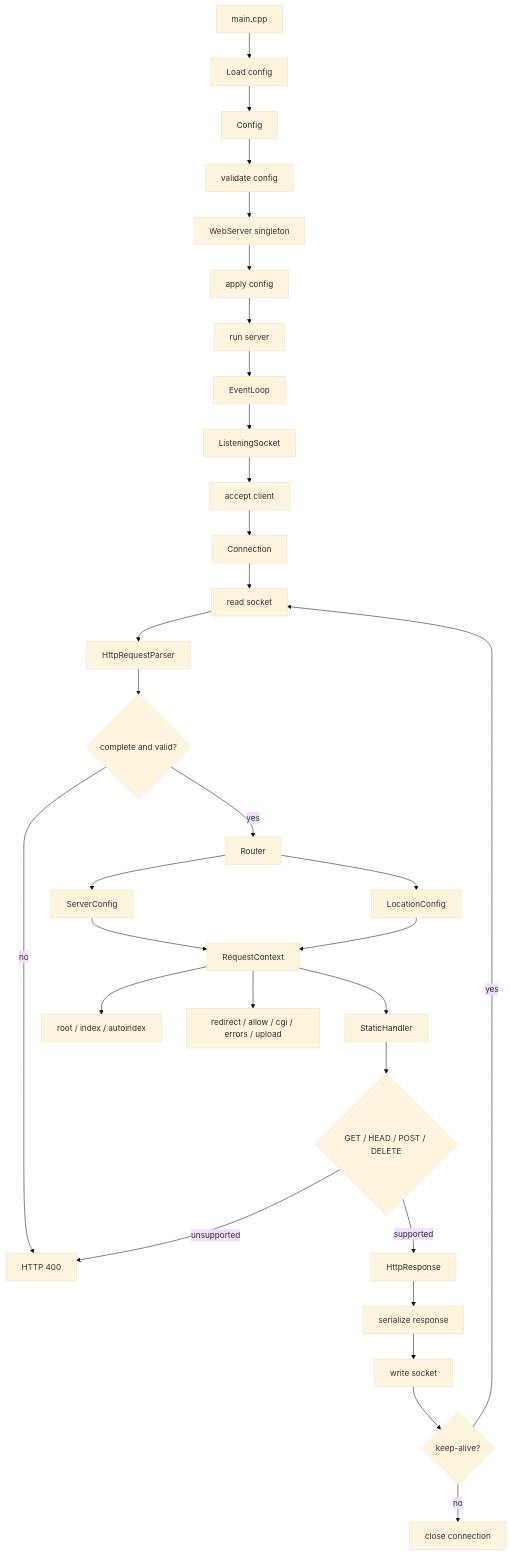
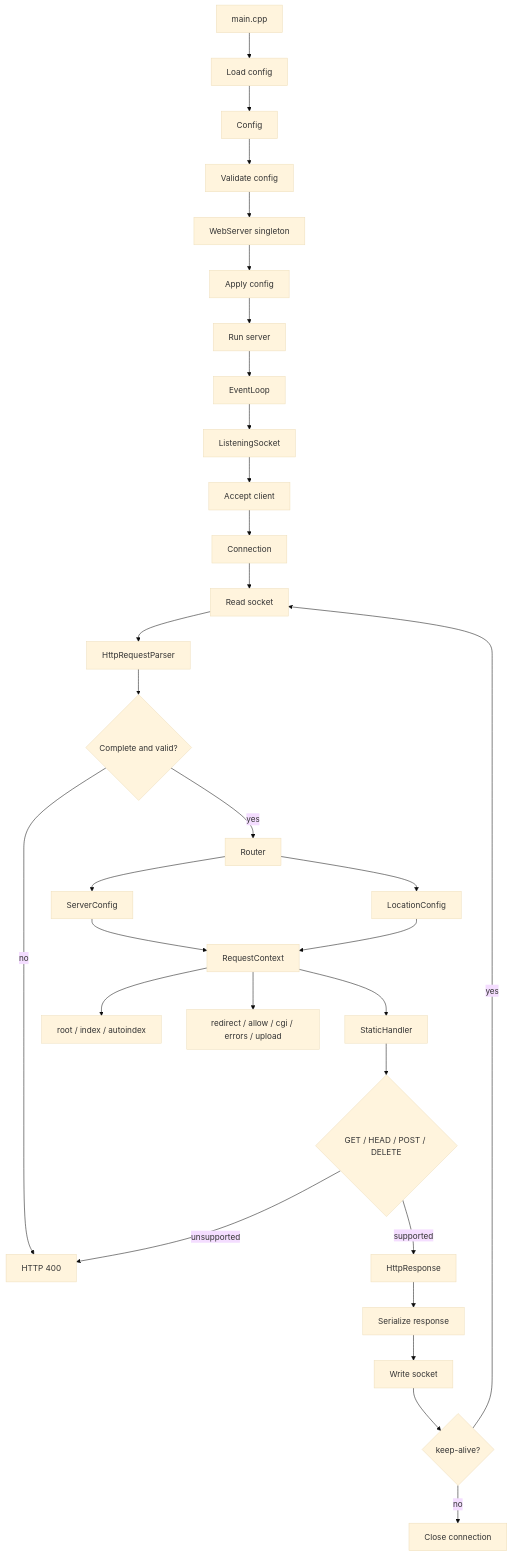
The first of 4 diagrams in README.md (SkyDogzz/webserv), drawn with Mermaid (base theme) before and after one commit. The commit also changed other lines of this file and 3 other files, not shown here.

````diff
--- a/README.md
+++ b/README.md
@@ -5,33 +9,33 @@
 ```mermaid
 flowchart TD
     A["main.cpp"] --> B["Load config"]
     B --> C["Config"]
-    C --> D["validate config"]
+    C --> D["Validate config"]
     D --> E["WebServer singleton"]
-    E --> F["apply config"]
-    F --> G["run server"]
+    E --> F["Apply config"]
+    F --> G["Run server"]
     G --> H["EventLoop"]
     H --> I["ListeningSocket"]
-    I --> J["accept client"]
+    I --> J["Accept client"]
     J --> K["Connection"]
-    K --> L["read socket"]
+    K --> L["Read socket"]
     L --> M["HttpRequestParser"]
-    M --> N{"complete and valid?"}
+    M --> N{"Complete and valid?"}
     N -- "no" --> O["HTTP 400"]
     N -- "yes" --> P["Router"]
     P --> Q["ServerConfig"]
     P --> R["LocationConfig"]
     Q --> S["RequestContext"]
     R --> S
     S --> T["root / index / autoindex"]
     S --> U["redirect / allow / cgi / errors / upload"]
     S --> V["StaticHandler"]
     V --> W{"GET / HEAD / POST / DELETE"}
     W -- "unsupported" --> O
     W -- "supported" --> X["HttpResponse"]
-    X --> Y["serialize response"]
-    Y --> Z["write socket"]
+    X --> Y["Serialize response"]
+    Y --> Z["Write socket"]
     Z --> AA{"keep-alive?"}
     AA -- "yes" --> L
-    AA -- "no" --> AB["close connection"]
+    AA -- "no" --> AB["Close connection"]
 ```
````
